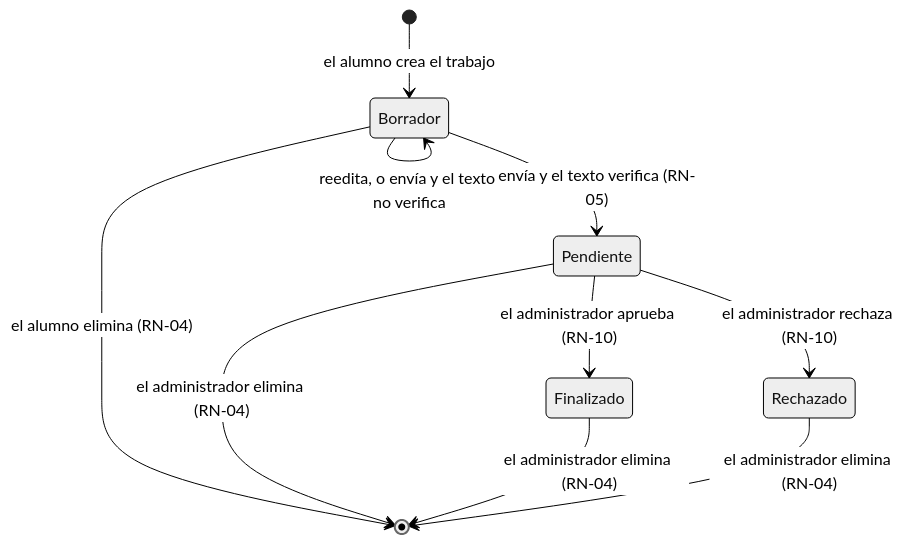
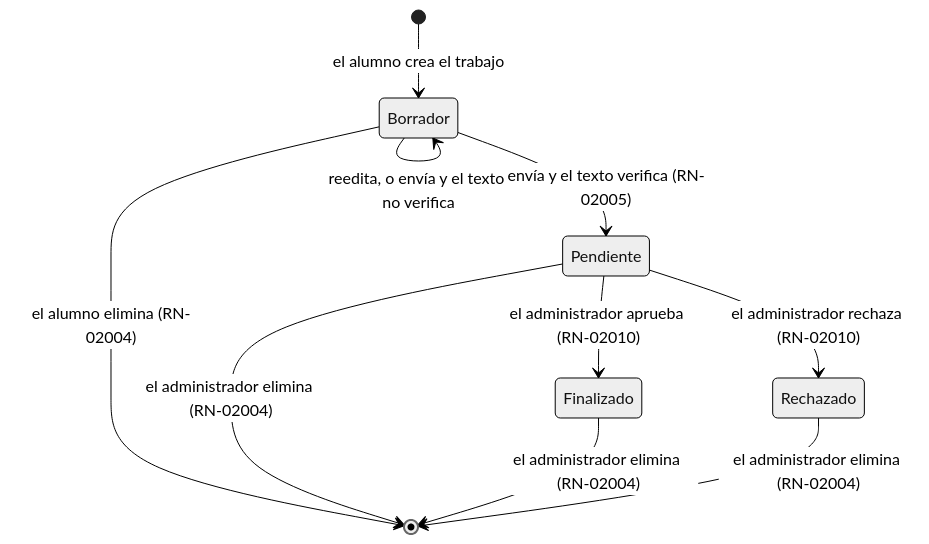
The third of 4 diagrams in SDD/Docs/Proyectos/GeometriaFactory-Domain/02-Especificacion-Funcional/Definicion-Modelo-De-Dominio.md (hdcm-dev/Lab-Geometria), drawn with Mermaid (neutral theme) before and after one commit. The commit also changed other lines of this file and 938 other files, not shown here.

````diff
--- a/SDD/Docs/Proyectos/GeometriaFactory-Domain/02-Especificacion-Funcional/Definicion-Modelo-De-Dominio.md
+++ b/SDD/Docs/Proyectos/GeometriaFactory-Domain/02-Especificacion-Funcional/Definicion-Modelo-De-Dominio.md
@@ -288,12 +288,12 @@
 ```mermaid
 stateDiagram-v2
     [*] --> Borrador: el alumno crea el trabajo
     Borrador --> Borrador: reedita, o envía y el texto no verifica
-    Borrador --> Pendiente: envía y el texto verifica (RN-05)
-    Borrador --> [*]: el alumno elimina (RN-04)
-    Pendiente --> Finalizado: el administrador aprueba (RN-10)
-    Pendiente --> Rechazado: el administrador rechaza (RN-10)
-    Pendiente --> [*]: el administrador elimina (RN-04)
-    Finalizado --> [*]: el administrador elimina (RN-04)
-    Rechazado --> [*]: el administrador elimina (RN-04)
+    Borrador --> Pendiente: envía y el texto verifica (RN-02005)
+    Borrador --> [*]: el alumno elimina (RN-02004)
+    Pendiente --> Finalizado: el administrador aprueba (RN-02010)
+    Pendiente --> Rechazado: el administrador rechaza (RN-02010)
+    Pendiente --> [*]: el administrador elimina (RN-02004)
+    Finalizado --> [*]: el administrador elimina (RN-02004)
+    Rechazado --> [*]: el administrador elimina (RN-02004)
 ```
````
